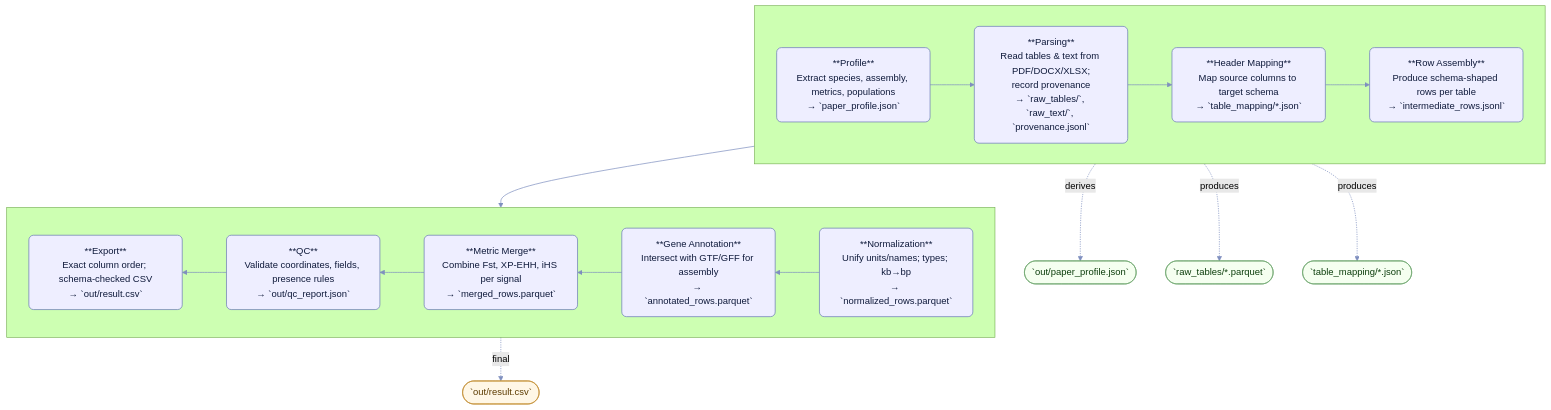
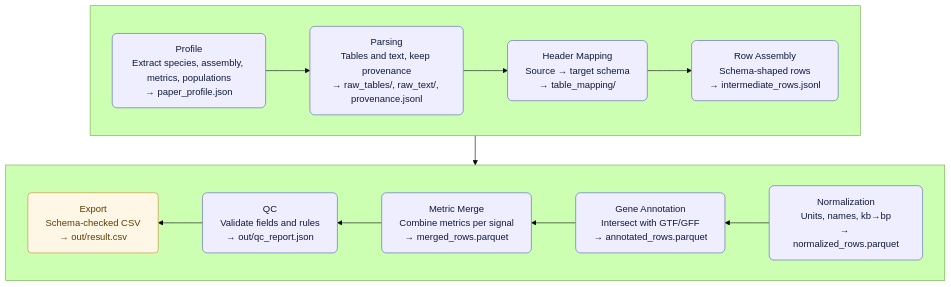
The diagram in README.md (avelurin/phhackathon_almaty), drawn with Mermaid (forest theme) before and after one commit. The commit also changed other lines of this file, not shown here.

````diff
--- a/README.md
+++ b/README.md
@@ -6,43 +6,25 @@
 ```mermaid
 flowchart TB
-  %% Layout: two rows to form an S shape. Top row flows left→right; bottom row flows right→left.
-  %% Styles
   classDef step fill:#eef,stroke:#6b7bb6,stroke-width:1.2px,rx:8,ry:8,color:#0f1a3b;
-  classDef file fill:#f5fff0,stroke:#6aa36a,rx:6,ry:6,color:#0b3d0b;
   classDef out fill:#fff7e6,stroke:#c08a2d,rx:6,ry:6,color:#5c3b00;
-  linkStyle default stroke:#7f8fbf,stroke-width:1.2px
 
-  %% Top row (left → right)
-  subgraph Row1[ ]
+  subgraph TOP[ ]
     direction LR
-    A["**Profile**\nExtract species, assembly, metrics, populations\n→ `paper_profile.json`"]:::step
-    B["**Parsing**\nRead tables & text from PDF/DOCX/XLSX;\nrecord provenance\n→ `raw_tables/`, `raw_text/`, `provenance.jsonl`"]:::step
-    C["**Header Mapping**\nMap source columns to target schema\n→ `table_mapping/*.json`"]:::step
-    D["**Row Assembly**\nProduce schema-shaped rows per table\n→ `intermediate_rows.jsonl`"]:::step
+    A["Profile<br/>Extract species, assembly, metrics, populations<br/>→ paper_profile.json"]:::step
+    B["Parsing<br/>Tables and text, keep provenance<br/>→ raw_tables/, raw_text/, provenance.jsonl"]:::step
+    C["Header Mapping<br/>Source → target schema<br/>→ table_mapping/"]:::step
+    D["Row Assembly<br/>Schema-shaped rows<br/>→ intermediate_rows.jsonl"]:::step
   end
 
-  %% Bottom row (right → left)
-  subgraph Row2[ ]
+  subgraph BOTTOM[ ]
     direction RL
-    E["**Normalization**\nUnify units/names; types; kb→bp\n→ `normalized_rows.parquet`"]:::step
-    F["**Gene Annotation**\nIntersect with GTF/GFF for assembly\n→ `annotated_rows.parquet`"]:::step
-    G["**Metric Merge**\nCombine Fst, XP-EHH, iHS per signal\n→ `merged_rows.parquet`"]:::step
-    H["**QC**\nValidate coordinates, fields, presence rules\n→ `out/qc_report.json`"]:::step
-    I["**Export**\nExact column order; schema-checked CSV\n→ `out/result.csv`"]:::step
+    E["Normalization<br/>Units, names, kb→bp<br/>→ normalized_rows.parquet"]:::step
+    F["Gene Annotation<br/>Intersect with GTF/GFF<br/>→ annotated_rows.parquet"]:::step
+    G["Metric Merge<br/>Combine metrics per signal<br/>→ merged_rows.parquet"]:::step
+    H["QC<br/>Validate fields and rules<br/>→ out/qc_report.json"]:::step
+    I["Export<br/>Schema-checked CSV<br/>→ out/result.csv"]:::out
   end
 
-  %% Flow connections forming an S
   A --> B --> C --> D --> E
   E --> F --> G --> H --> I
-
-  %% Key artifacts (optional visual anchors)
-  P1([`out/paper_profile.json`]):::file
-  P2([`raw_tables/*.parquet`]):::file
-  P3([`table_mapping/*.json`]):::file
-  P4([`out/result.csv`]):::out
-
-  A -. derives .-> P1
-  B -. produces .-> P2
-  C -. produces .-> P3
-  I -. final .-> P4
 ```
````
